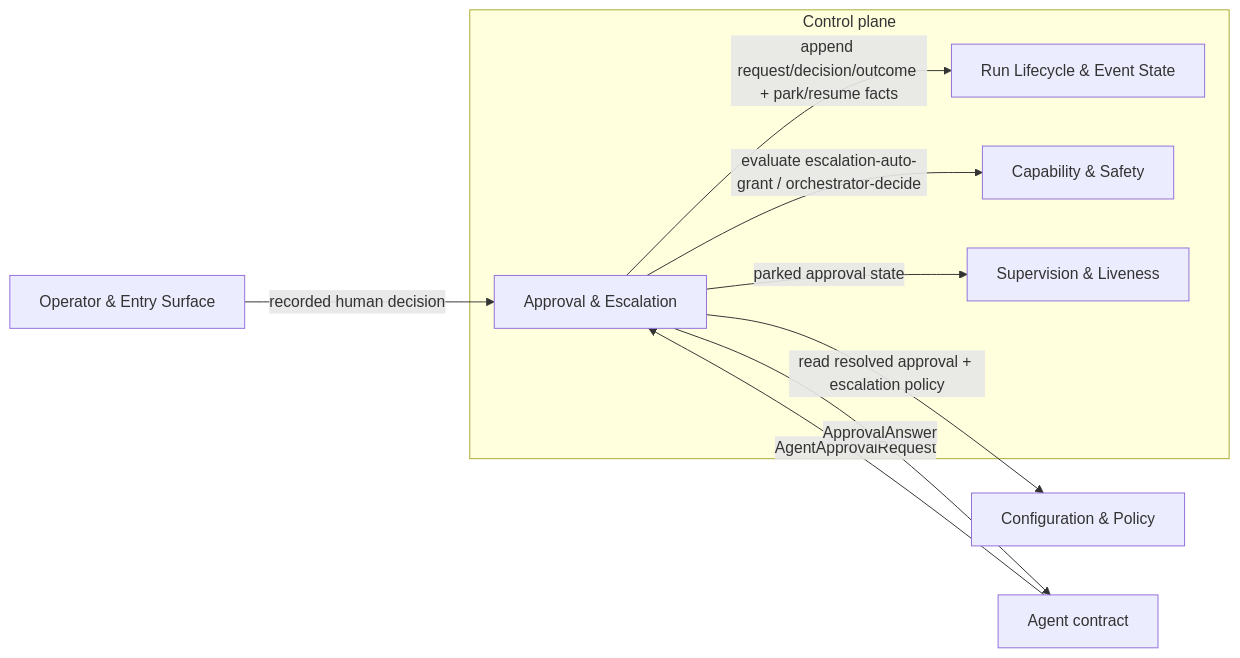
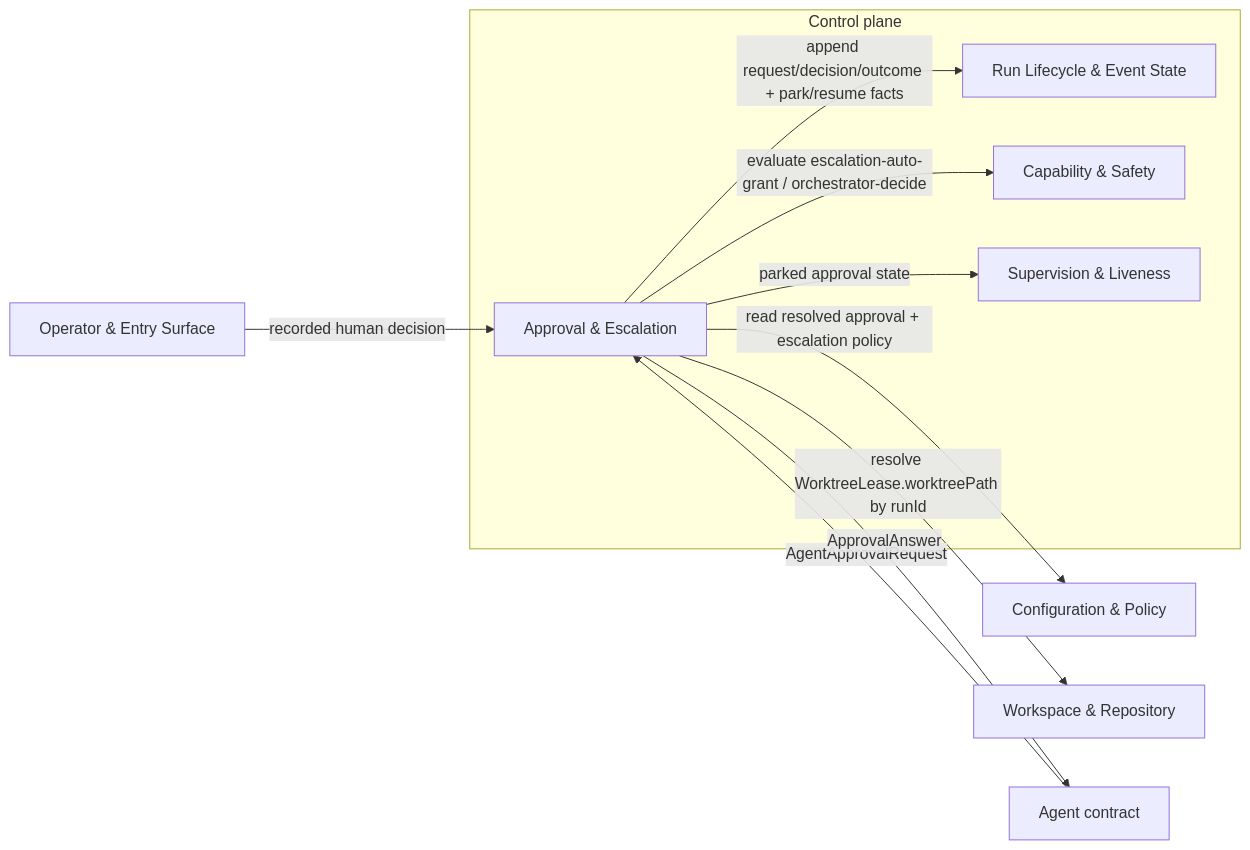
One commit to aryeko/agentic-workflow-kit changed the first of 2 diagrams in docs/design/30-domain-reference/core/approval-and-escalation/README.md. Above: the diagram before and after it, drawn with Mermaid. The commit also changed other lines of this file, not shown here.

Commit message:
docs: declare approval workspace lease dependency

````diff
--- a/docs/design/30-domain-reference/core/approval-and-escalation/README.md
+++ b/docs/design/30-domain-reference/core/approval-and-escalation/README.md
@@ -100,20 +105,22 @@
 ```mermaid
 flowchart LR
   subgraph CORE["Control plane"]
     APR["Approval & Escalation"]
     RL["Run Lifecycle & Event State"]
     CAP["Capability & Safety"]
     SUP["Supervision & Liveness"]
   end
   CFG["Configuration & Policy"]
+  WR["Workspace & Repository"]
   AG["Agent contract"]
   OP["Operator & Entry Surface"]
 
   AG -->|"AgentApprovalRequest"| APR
   APR -->|"ApprovalAnswer"| AG
   APR -->|"append request/decision/outcome + park/resume facts"| RL
   APR -->|"evaluate escalation-auto-grant / orchestrator-decide"| CAP
   APR -->|"read resolved approval + escalation policy"| CFG
+  APR -->|"resolve WorktreeLease.worktreePath by runId"| WR
   OP -->|"recorded human decision"| APR
   APR -->|"parked approval state"| SUP
 ```
````
